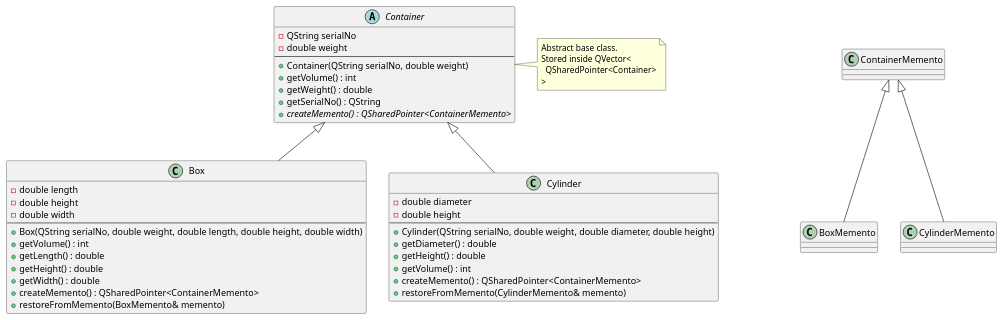
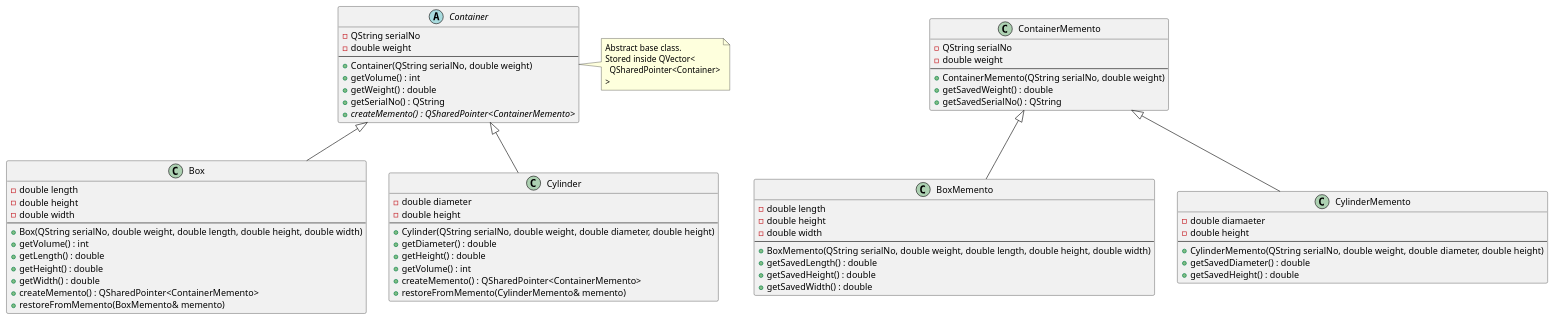
Before and after one commit to bolebop022/ContainerApp: the diagram in uml/ContainerEntities.plantuml, drawn with PlantUML. The commit also changed 15 other files, not shown here.

```diff
--- a/uml/ContainerEntities.plantuml
+++ b/uml/ContainerEntities.plantuml
@@ -1,57 +1,82 @@
 @startuml
 
 abstract class Container {
     - QString serialNo
     - double weight
     --
     + Container(QString serialNo, double weight)
     + getVolume() : int
     + getWeight() : double
     + getSerialNo() : QString
     {abstract} + createMemento() : QSharedPointer<ContainerMemento>
 }
 
 class Box {
     - double length
     - double height
     - double width
     --
     + Box(QString serialNo, double weight, double length, double height, double width)
     + getVolume() : int
     + getLength() : double
     + getHeight() : double
     + getWidth() : double
     + createMemento() : QSharedPointer<ContainerMemento>
     + restoreFromMemento(BoxMemento& memento)
 }
 
 class Cylinder {
     - double diameter
     - double height
     --
     + Cylinder(QString serialNo, double weight, double diameter, double height)
     + getDiameter() : double
     + getHeight() : double
     + getVolume() : int
     + createMemento() : QSharedPointer<ContainerMemento>
     + restoreFromMemento(CylinderMemento& memento)
 }
 
-class ContainerMemento
-class BoxMemento
-class CylinderMemento
+class ContainerMemento{
+    - QString serialNo 
+    - double weight
+    --
+    + ContainerMemento(QString serialNo, double weight)
+    + getSavedWeight() : double
+    + getSavedSerialNo() : QString
+}
+
+class BoxMemento{
+  - double length
+  - double height
+  - double width
+  --
+  + BoxMemento(QString serialNo, double weight, double length, double height, double width)
+  + getSavedLength() : double
+  + getSavedHeight() : double
+  + getSavedWidth() : double
+}
+
+class CylinderMemento{
+  - double diamaeter
+  - double height
+  --
+  + CylinderMemento(QString serialNo, double weight, double diameter, double height)
+  + getSavedDiameter() : double
+  + getSavedHeight() : double
+}
 
 Container <|-- Box
 Container <|-- Cylinder
 
 ContainerMemento <|-- BoxMemento
 ContainerMemento <|-- CylinderMemento
 
 note right of Container
   Abstract base class.
   Stored inside QVector<
     QSharedPointer<Container>
   >
 end note
 
 @enduml
```
